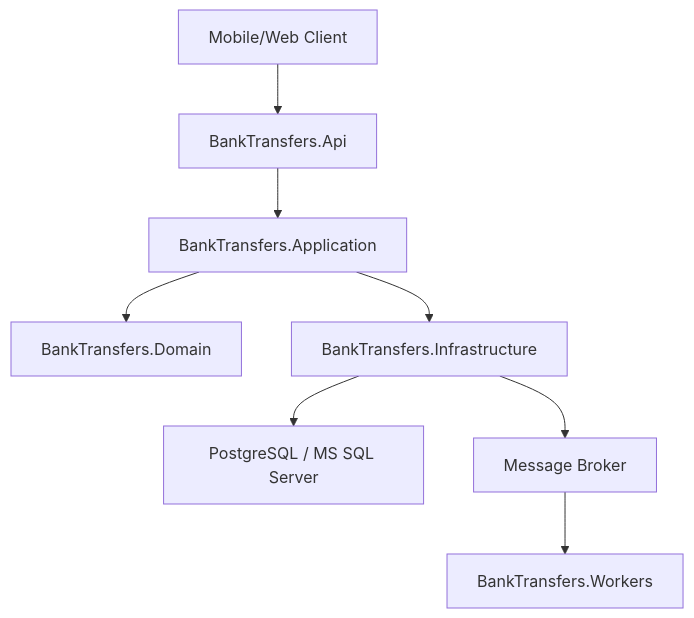
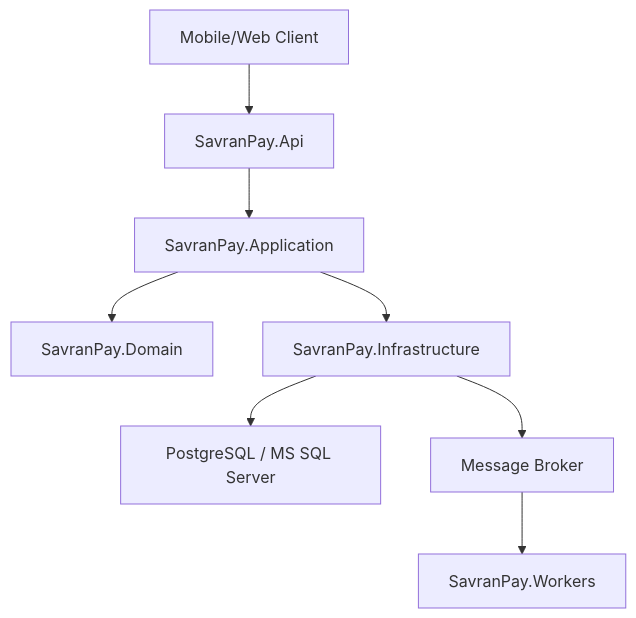
Before and after one commit to piladd/savranpay: the diagram in docs/architecture/overview.md, drawn with Mermaid. The commit also changed other lines of this file and 237 other files, not shown here.

````diff
--- a/docs/architecture/overview.md
+++ b/docs/architecture/overview.md
@@ -5,10 +5,10 @@
 ```mermaid
 flowchart TB
-    Client["Mobile/Web Client"] --> Api["BankTransfers.Api"]
-    Api --> Application["BankTransfers.Application"]
-    Application --> Domain["BankTransfers.Domain"]
-    Application --> Infrastructure["BankTransfers.Infrastructure"]
+    Client["Mobile/Web Client"] --> Api["SavranPay.Api"]
+    Api --> Application["SavranPay.Application"]
+    Application --> Domain["SavranPay.Domain"]
+    Application --> Infrastructure["SavranPay.Infrastructure"]
     Infrastructure --> Database["PostgreSQL / MS SQL Server"]
     Infrastructure --> Broker["Message Broker"]
-    Broker --> Workers["BankTransfers.Workers"]
+    Broker --> Workers["SavranPay.Workers"]
 ```
````
